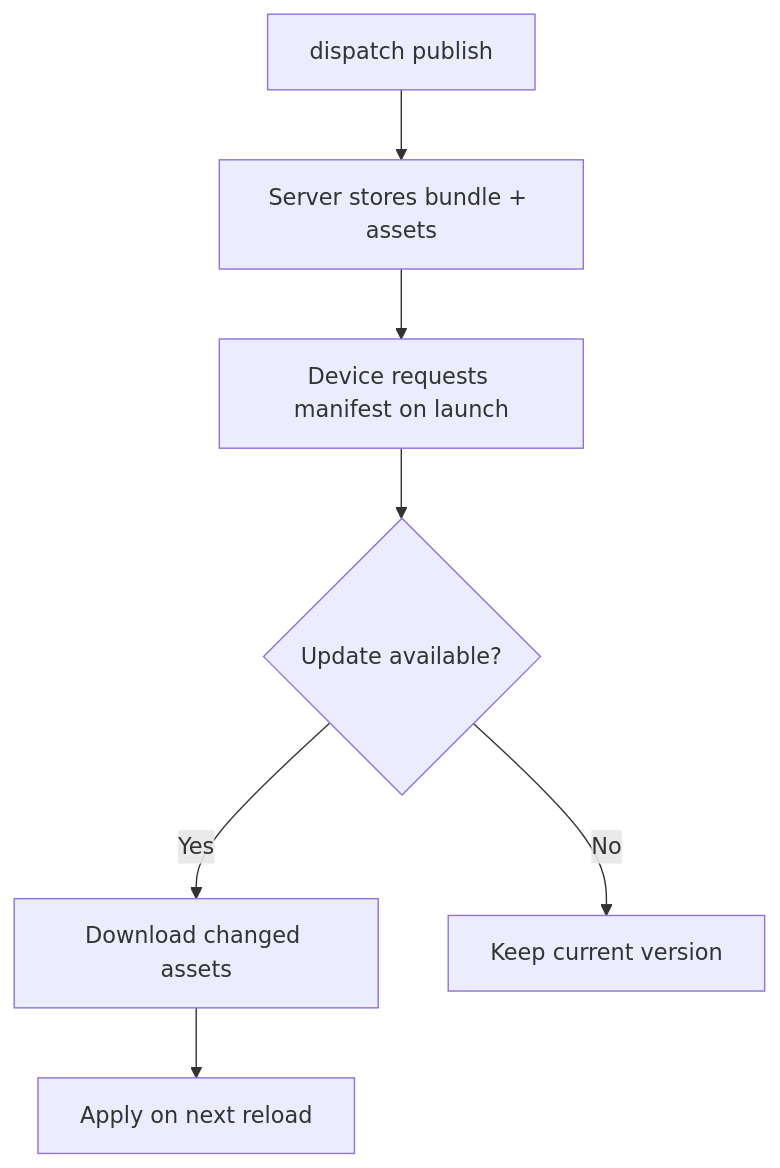
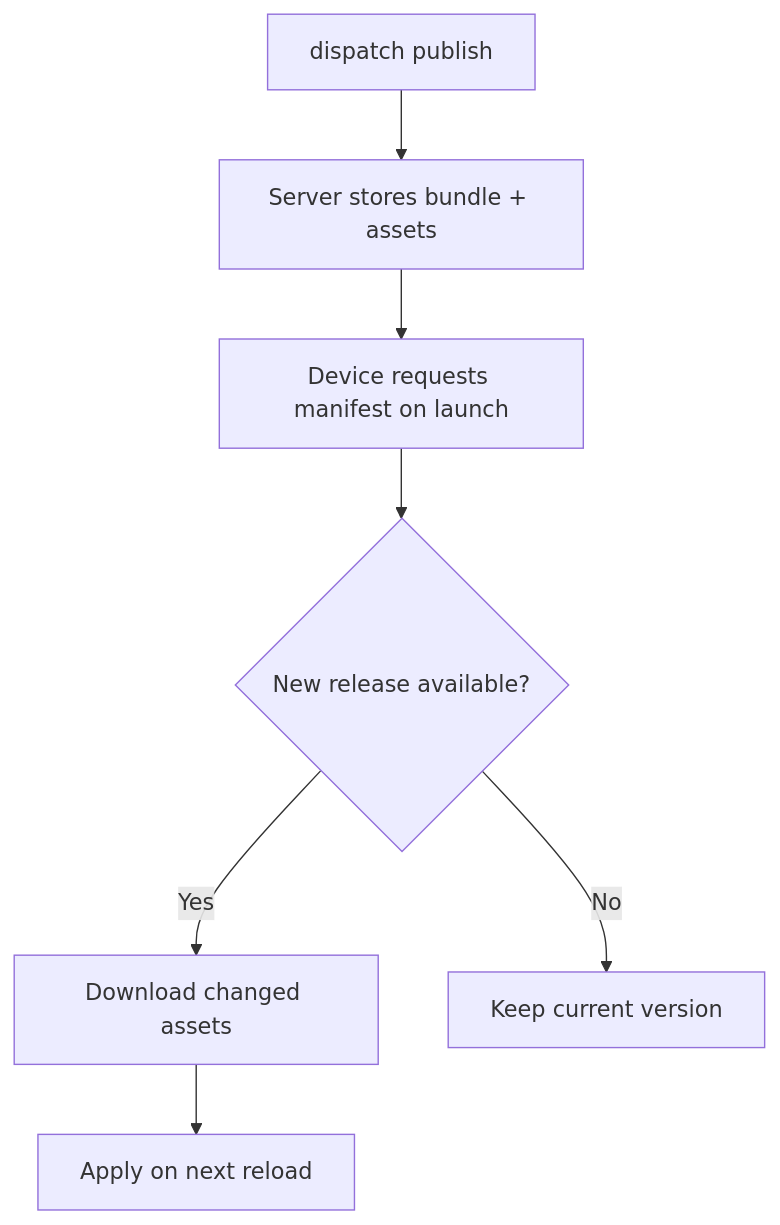
The first of 2 diagrams in app/updates/page.mdx (AppDispatch/docs), drawn with Mermaid before and after one commit. The commit also changed other lines of this file and 26 other files, not shown here.

````diff
--- a/app/updates/page.mdx
+++ b/app/updates/page.mdx
@@ -9,9 +11,9 @@
 ```mermaid
 flowchart TD
   A[dispatch publish] --> B[Server stores bundle + assets]
   B --> C[Device requests manifest on launch]
-  C --> D{Update available?}
+  C --> D{New release available?}
   D -->|Yes| E[Download changed assets]
   D -->|No| F[Keep current version]
   E --> G[Apply on next reload]
 ```
````
